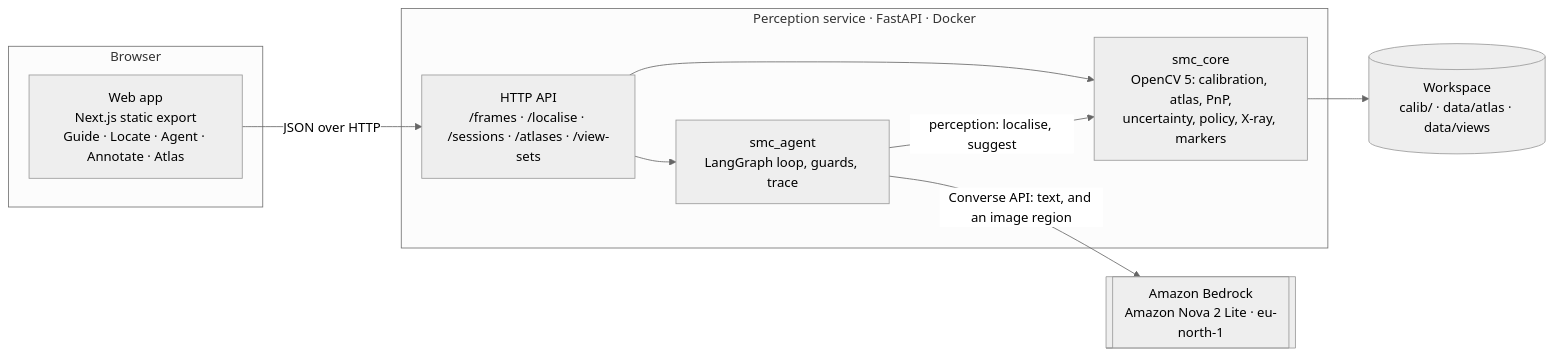
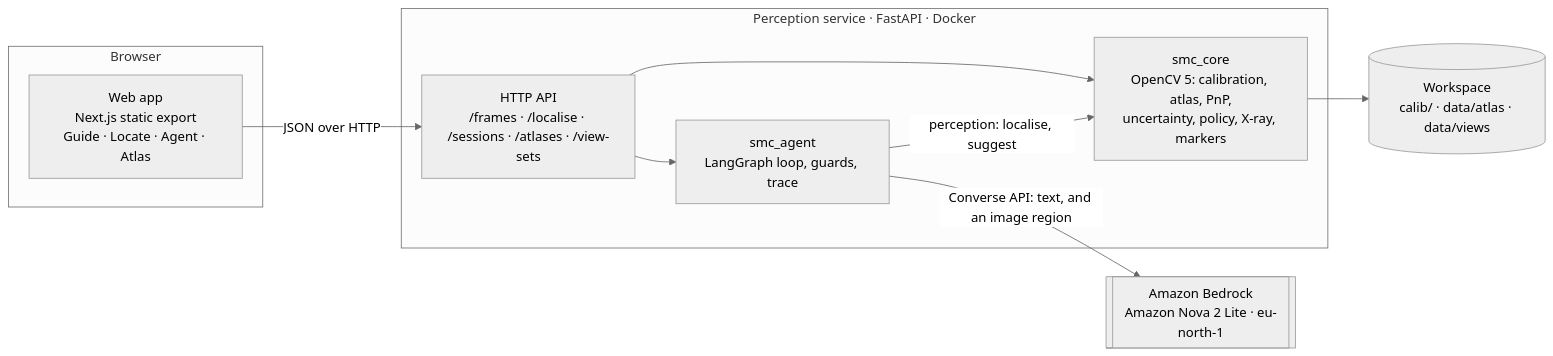
The first of 3 diagrams in docs/report.md (Lukols-Dev/Spatial-Maintenance-Copilot), drawn with Mermaid (neutral theme) before and after one commit. The commit also changed other lines of this file and 85 other files, not shown here.

````diff
--- a/docs/report.md
+++ b/docs/report.md
@@ -101,19 +100,19 @@
 ```mermaid
 flowchart LR
   subgraph browser["Browser"]
-    web["Web app<br/>Next.js static export<br/>Guide · Locate · Agent · Annotate · Atlas"]
+    web["Web app<br/>Next.js static export<br/>Guide · Locate · Agent · Atlas"]
   end
   subgraph service["Perception service · FastAPI · Docker"]
     api["HTTP API<br/>/frames · /localise · /sessions · /atlases · /view-sets"]
     agent["smc_agent<br/>LangGraph loop, guards, trace"]
     core["smc_core<br/>OpenCV 5: calibration, atlas, PnP,<br/>uncertainty, policy, X-ray, markers"]
   end
   files[("Workspace<br/>calib/ · data/atlas · data/views")]
   bedrock[["Amazon Bedrock<br/>Amazon Nova 2 Lite · eu-north-1"]]
   web -- JSON over HTTP --> api
   api --> core
   api --> agent
   agent -- "perception: localise, suggest" --> core
   agent -- "Converse API: text, and an image region" --> bedrock
   core --> files
 ```
````
